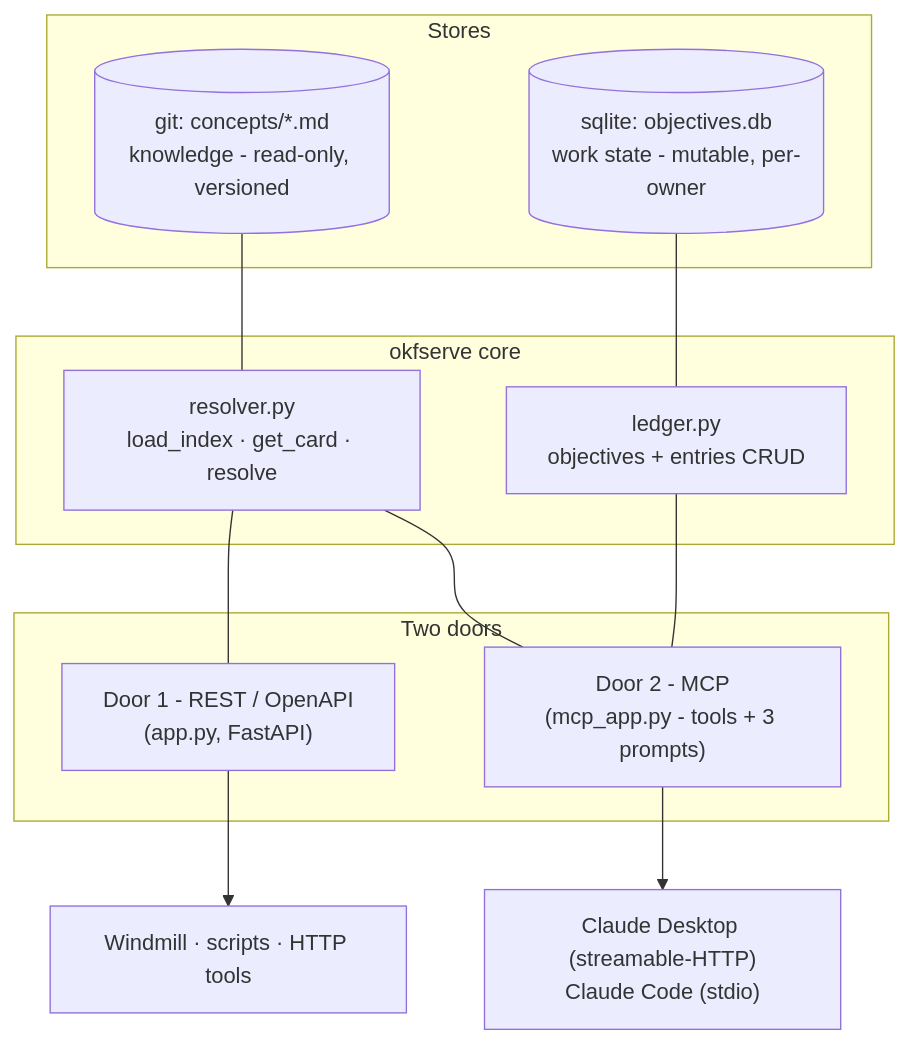
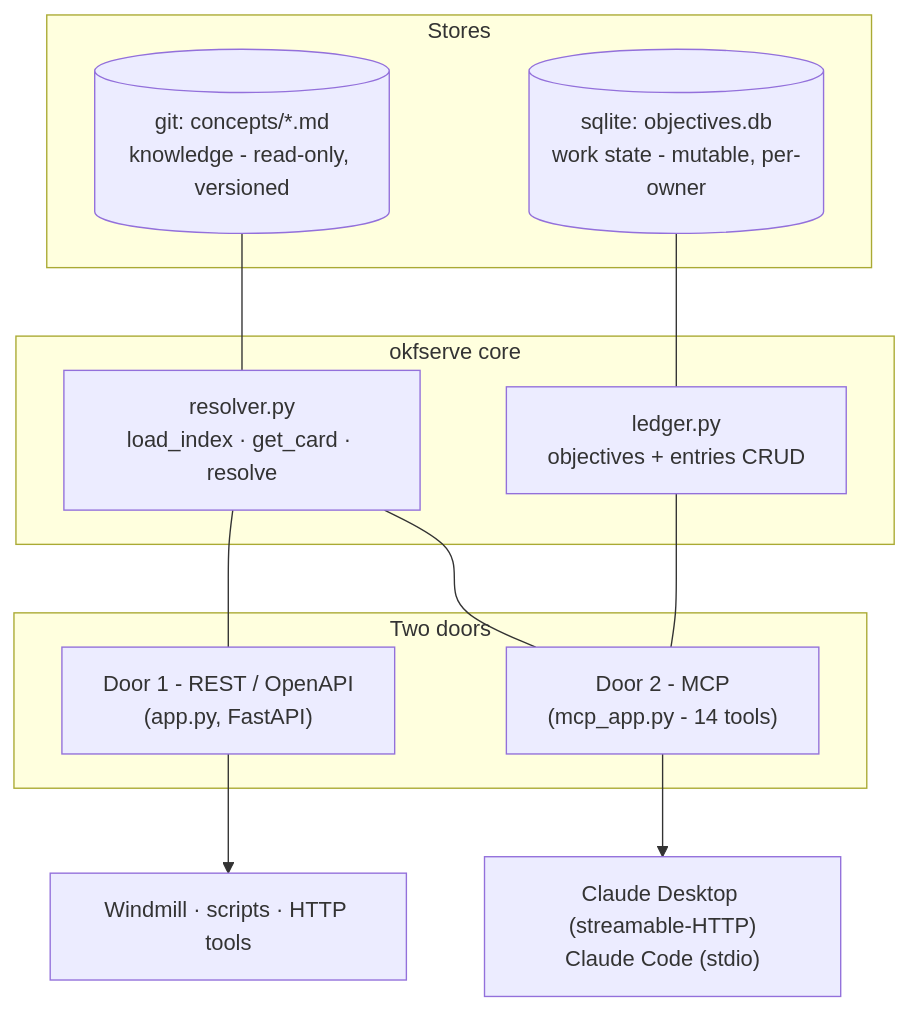
Before and after one commit to voyagerforge-dev/hive-intelligence: the fifth of 10 diagrams in knowledge/okf/docs/OKF-Pipeline.md, drawn with Mermaid. The commit also changed other lines of this file, not shown here.

````diff
--- a/knowledge/okf/docs/OKF-Pipeline.md
+++ b/knowledge/okf/docs/OKF-Pipeline.md
@@ -468,25 +567,25 @@
 ```mermaid
 flowchart TB
     subgraph stores["Stores"]
         git[("git: concepts/*.md<br/>knowledge - read-only, versioned")]
         db[("sqlite: objectives.db<br/>work state - mutable, per-owner")]
     end
 
     subgraph core["okfserve core"]
         resolver["resolver.py<br/>load_index · get_card · resolve"]
         ledgerc["ledger.py<br/>objectives + entries CRUD"]
     end
 
     subgraph doors["Two doors"]
         rest["Door 1 - REST / OpenAPI<br/>(app.py, FastAPI)"]
-        mcp["Door 2 - MCP<br/>(mcp_app.py - tools + 3 prompts)"]
+        mcp["Door 2 - MCP<br/>(mcp_app.py - 14 tools)"]
     end
 
     git --- resolver
     db --- ledgerc
     resolver --- rest & mcp
     ledgerc --- mcp
 
     rest --> callers["Windmill · scripts · HTTP tools"]
     mcp --> claude["Claude Desktop (streamable-HTTP)<br/>Claude Code (stdio)"]
 ```
````
